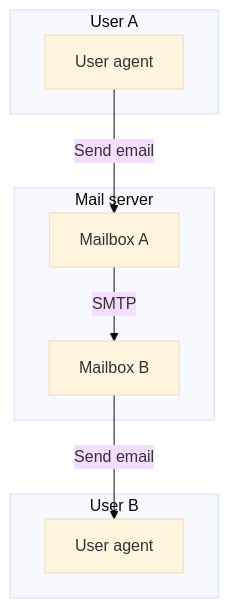
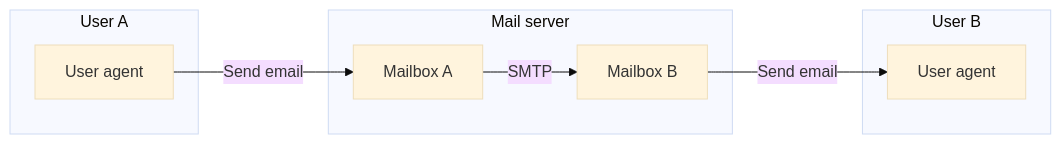
The second of 3 diagrams in Kiến thức đại cương/Nhập môn mạng/2. Application layer.md (helitoo/IT-Obsidian-Notebook), drawn with Mermaid (base theme) before and after one commit. The commit also changed other lines of this file and 34 other files, not shown here.

````diff
--- a/Kiến thức đại cương/Nhập môn mạng/2. Application layer.md
+++ b/Kiến thức đại cương/Nhập môn mạng/2. Application layer.md
@@ -296,19 +307,19 @@
 ```mermaid
-graph TD
+graph LR
 
 subgraph userA[User A]
 	uaa[User agent]
 end
 
 subgraph server[Mail server]
 	mailboxa[Mailbox A]
 	mailboxb[Mailbox B]
 end
 
 subgraph userB[User B]
 	uab[User agent]
 end
 
 uaa -- Send email --> mailboxa -- SMTP --> mailboxb -- Send email --> uab
 
 ```
````
